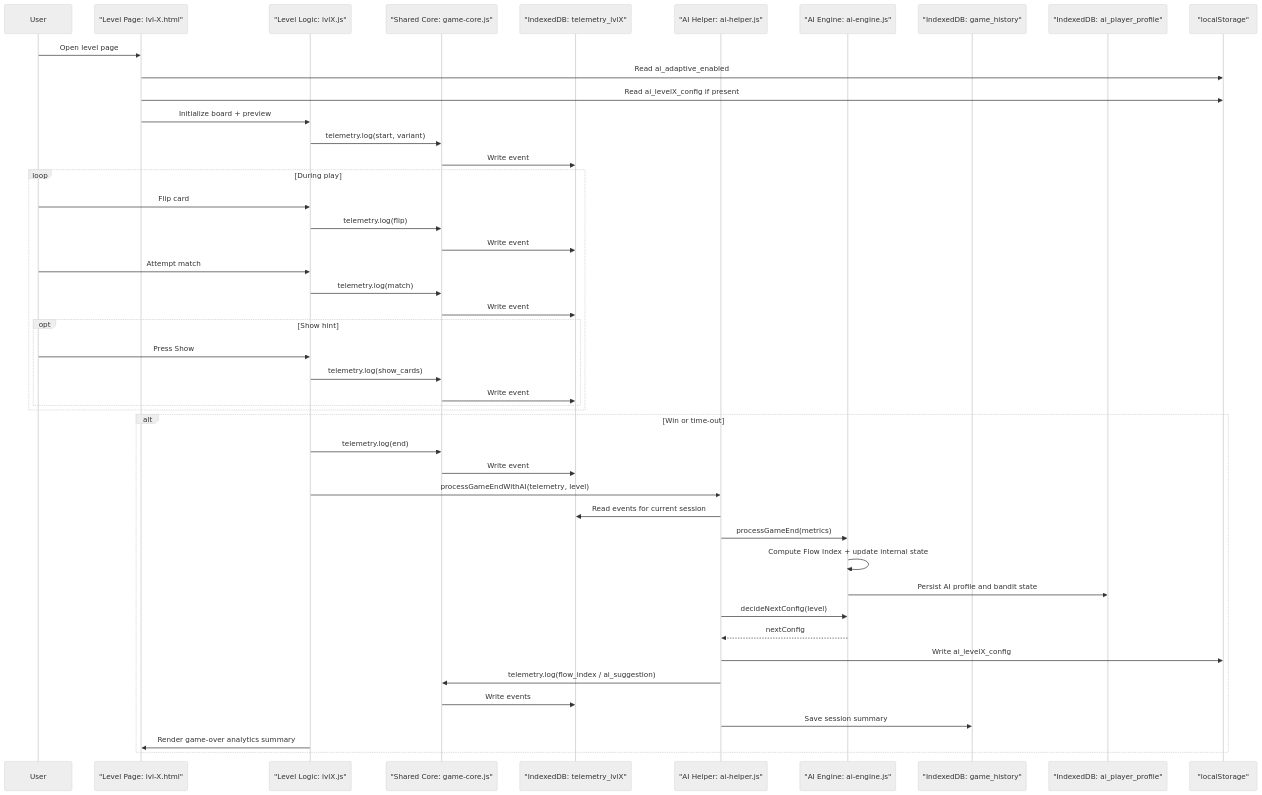
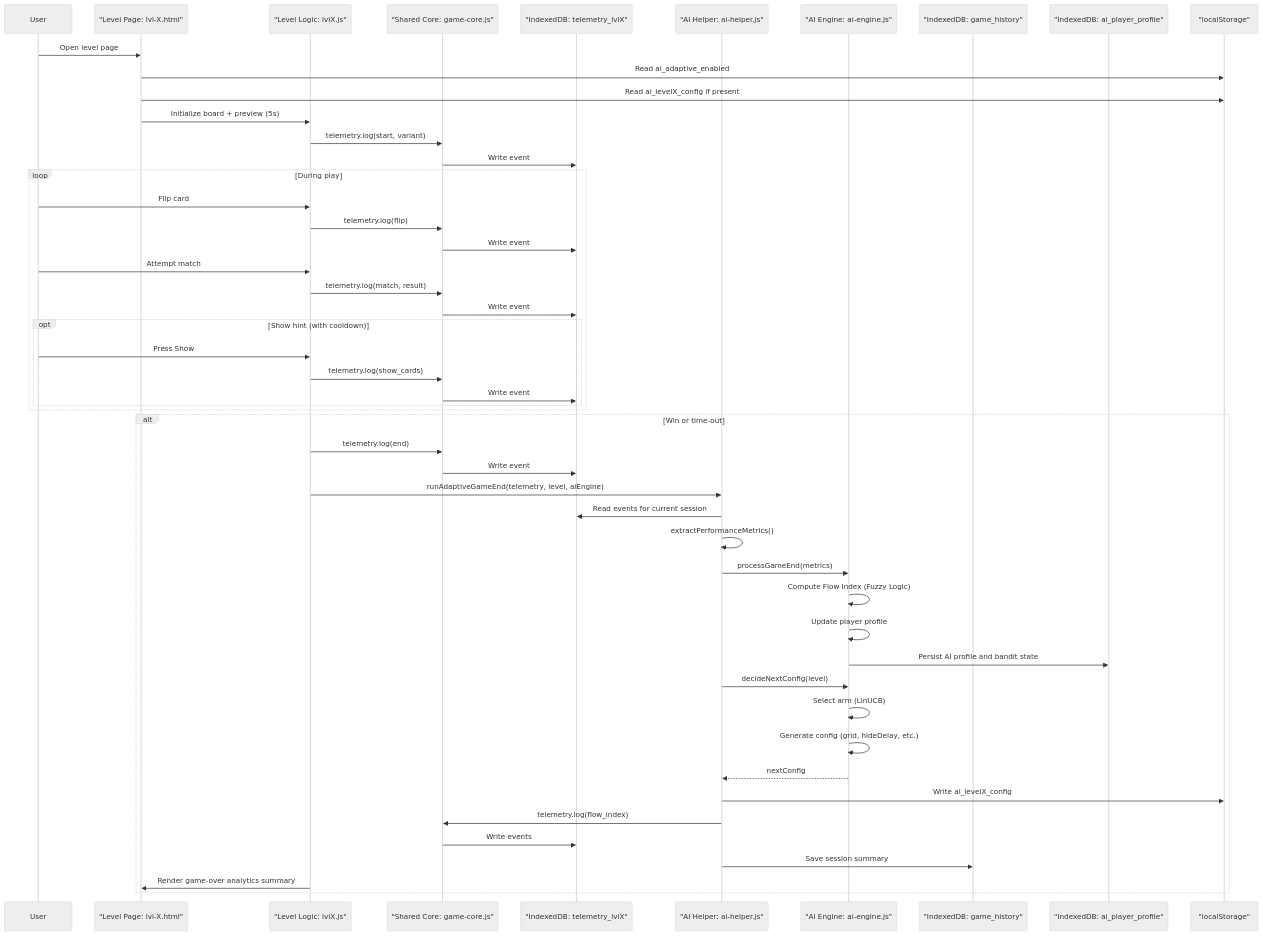
Before and after one commit to DDMYmia/Memory-Game-He-Maumahara: the second of 10 diagrams in docs/SYSTEM_DIAGRAMS.md, drawn with Mermaid (neutral theme). The commit also changed other lines of this file and 3 other files, not shown here.

````diff
--- a/docs/SYSTEM_DIAGRAMS.md
+++ b/docs/SYSTEM_DIAGRAMS.md
@@ -67,51 +69,55 @@
 ```mermaid
 sequenceDiagram
     participant User
     participant Page as "Level Page: lvl-X.html"
     participant Lvl as "Level Logic: lvlX.js"
     participant Core as "Shared Core: game-core.js"
     participant Tel as "IndexedDB: telemetry_lvlX"
     participant Helper as "AI Helper: ai-helper.js"
     participant Engine as "AI Engine: ai-engine.js"
     participant Hist as "IndexedDB: game_history"
     participant Profile as "IndexedDB: ai_player_profile"
     participant LS as "localStorage"
 
     User->>Page: Open level page
     Page->>LS: Read ai_adaptive_enabled
     Page->>LS: Read ai_levelX_config if present
-    Page->>Lvl: Initialize board + preview
+    Page->>Lvl: Initialize board + preview (5s)
     Lvl->>Core: telemetry.log(start, variant)
     Core->>Tel: Write event
 
     loop During play
       User->>Lvl: Flip card
       Lvl->>Core: telemetry.log(flip)
       Core->>Tel: Write event
       User->>Lvl: Attempt match
-      Lvl->>Core: telemetry.log(match)
+      Lvl->>Core: telemetry.log(match, result)
       Core->>Tel: Write event
-      opt Show hint
+      opt Show hint (with cooldown)
         User->>Lvl: Press Show
         Lvl->>Core: telemetry.log(show_cards)
         Core->>Tel: Write event
       end
     end
 
     alt Win or time-out
       Lvl->>Core: telemetry.log(end)
       Core->>Tel: Write event
-      Lvl->>Helper: processGameEndWithAI(telemetry, level)
+      Lvl->>Helper: runAdaptiveGameEnd(telemetry, level, aiEngine)
       Helper->>Tel: Read events for current session
+      Helper->>Helper: extractPerformanceMetrics()
       Helper->>Engine: processGameEnd(metrics)
-      Engine->>Engine: Compute Flow Index + update internal state
+      Engine->>Engine: Compute Flow Index (Fuzzy Logic)
+      Engine->>Engine: Update player profile
       Engine->>Profile: Persist AI profile and bandit state
       Helper->>Engine: decideNextConfig(level)
+      Engine->>Engine: Select arm (LinUCB)
+      Engine->>Engine: Generate config (grid, hideDelay, etc.)
       Engine-->>Helper: nextConfig
       Helper->>LS: Write ai_levelX_config
-      Helper->>Core: telemetry.log(flow_index / ai_suggestion)
+      Helper->>Core: telemetry.log(flow_index)
       Core->>Tel: Write events
       Helper->>Hist: Save session summary
       Lvl->>Page: Render game-over analytics summary
     end
 ```
````
